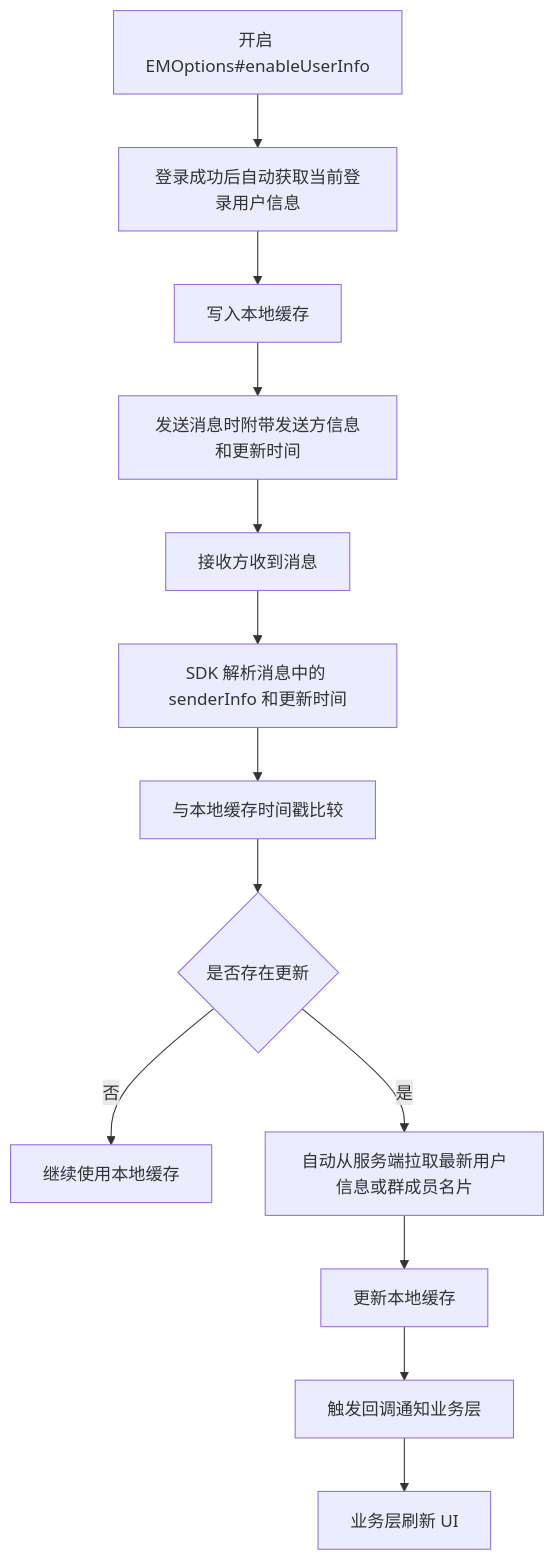
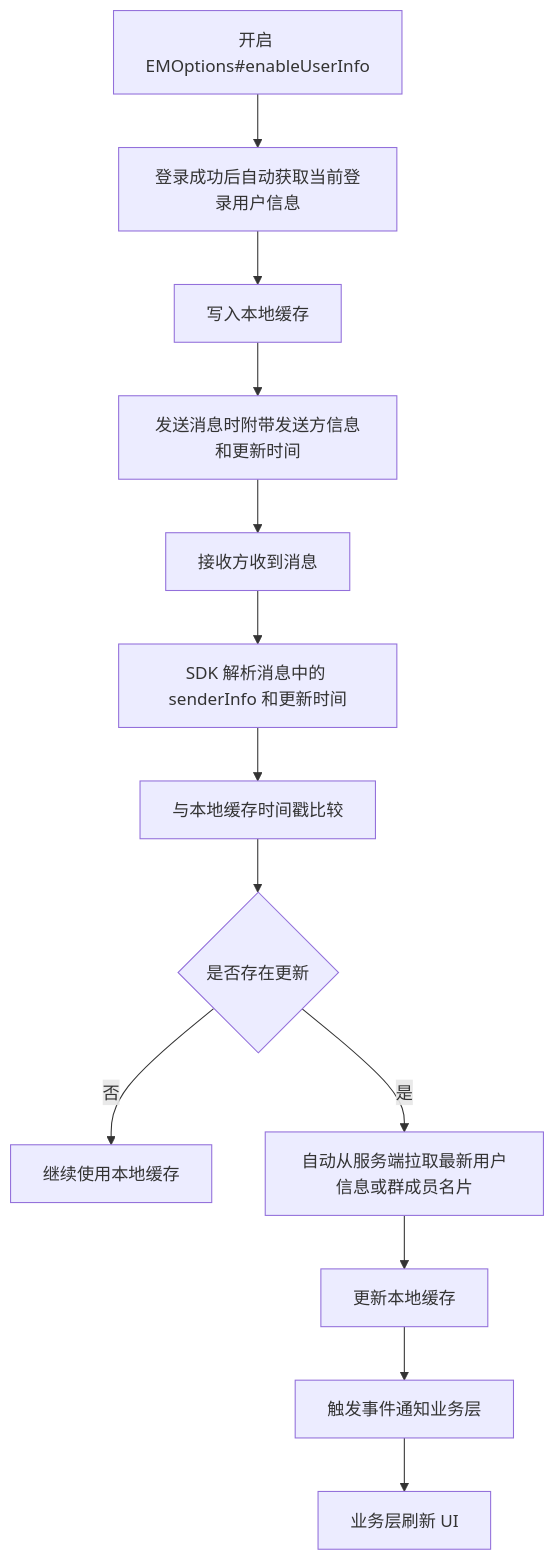
One commit to easemob/easemob-doc changed the diagram in docs/document/ios/userinfo_provider.md. Above: the diagram before and after it, drawn with Mermaid. The commit also changed other lines of this file and 1 other file, not shown here.

````diff
--- a/docs/document/ios/userinfo_provider.md
+++ b/docs/document/ios/userinfo_provider.md
@@ -25,15 +25,15 @@
 ```mermaid
 flowchart TD
     A["开启 EMOptions#enableUserInfo"] --> B["登录成功后自动获取当前登录用户信息"]
     B --> C["写入本地缓存"]
     C --> D["发送消息时附带发送方信息和更新时间"]
     D --> E["接收方收到消息"]
     E --> F["SDK 解析消息中的 senderInfo 和更新时间"]
     F --> G["与本地缓存时间戳比较"]
     G --> H{"是否存在更新"}
     H -- "否" --> I["继续使用本地缓存"]
     H -- "是" --> J["自动从服务端拉取最新用户信息或群成员名片"]
     J --> K["更新本地缓存"]
-    K --> L["触发回调通知业务层"]
+    K --> L["触发事件通知业务层"]
     L --> M["业务层刷新 UI"]
 ```
````
